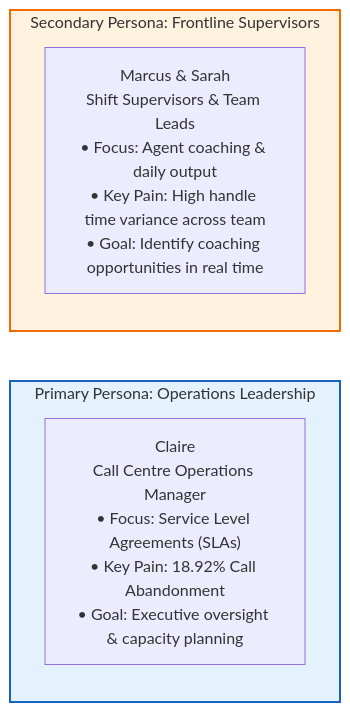
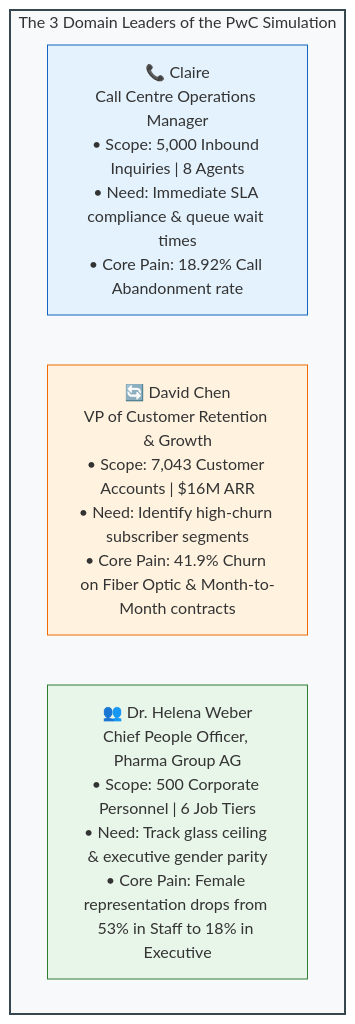
One commit to Sohila-Khaled-Abbas/COURSE-EXCEL-ZERO-TO-HERO changed the first of 2 diagrams in 06_Projects/Call Center Performance Analysis/Dashboard UX Specification.md. Above: the diagram before and after it, drawn with Mermaid. The commit also changed other lines of this file and 15 other files, not shown here.

````diff
--- a/06_Projects/Call Center Performance Analysis/Dashboard UX Specification.md
+++ b/06_Projects/Call Center Performance Analysis/Dashboard UX Specification.md
@@ -24,11 +30,12 @@
 ```mermaid
-flowchart LR
-    subgraph P1 ["Primary Persona: Operations Leadership"]
-        C["Claire\nCall Centre Operations Manager\n• Focus: Service Level Agreements (SLAs)\n• Key Pain: 18.92% Call Abandonment\n• Goal: Executive oversight & capacity planning"]
+flowchart TD
+    subgraph PERSONAS ["The 3 Domain Leaders of the PwC Simulation"]
+        P1["📞 Claire\nCall Centre Operations Manager\n• Scope: 5,000 Inbound Inquiries | 8 Agents\n• Need: Immediate SLA compliance & queue wait times\n• Core Pain: 18.92% Call Abandonment rate"]
+        P2["🔄 David Chen\nVP of Customer Retention & Growth\n• Scope: 7,043 Customer Accounts | $16M ARR\n• Need: Identify high-churn subscriber segments\n• Core Pain: 41.9% Churn on Fiber Optic & Month-to-Month contracts"]
+        P3["👥 Dr. Helena Weber\nChief People Officer, Pharma Group AG\n• Scope: 500 Corporate Personnel | 6 Job Tiers\n• Need: Track glass ceiling & executive gender parity\n• Core Pain: Female representation drops from 53% in Staff to 18% in Executive"]
     end
-    subgraph P2 ["Secondary Persona: Frontline Supervisors"]
-        S["Marcus & Sarah\nShift Supervisors & Team Leads\n• Focus: Agent coaching & daily output\n• Key Pain: High handle time variance across team\n• Goal: Identify coaching opportunities in real time"]
-    end
-    style P1 fill:#e3f2fd,stroke:#1565c0,stroke-width:2px
-    style P2 fill:#fff3e0,stroke:#ef6c00,stroke-width:2px
+    style PERSONAS fill:#f8f9fa,stroke:#37474f,stroke-width:2px
+    style P1 fill:#e3f2fd,stroke:#1565c0,stroke-width:1px
+    style P2 fill:#fff3e0,stroke:#ef6c00,stroke-width:1px
+    style P3 fill:#e8f5e9,stroke:#2e7d32,stroke-width:1px
 ```
````
